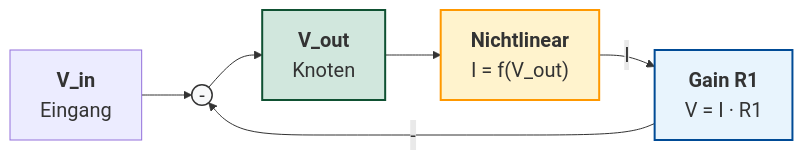
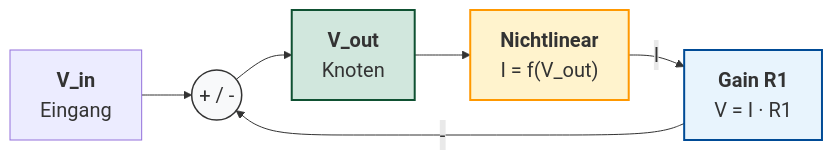
Before and after one commit to ghackenberg/kurs-computer-simulation: the diagram in Folien/08_Dynamische_Modelle_Kontinuierlich/Diagramme/Algebraische_Schleife_Praxis.mmd, drawn with Mermaid. The commit also changed 13 other files, not shown here.

```diff
--- a/Folien/08_Dynamische_Modelle_Kontinuierlich/Diagramme/Algebraische_Schleife_Praxis.mmd
+++ b/Folien/08_Dynamische_Modelle_Kontinuierlich/Diagramme/Algebraische_Schleife_Praxis.mmd
@@ -1,12 +1,12 @@
 %%{init: {'themeVariables': {'fontSize': '20px'}}}%%
 flowchart LR
-    Vin["<b>V_in</b><br/>Eingang"] --> Subtract(( - ))
+    Vin["<b>V_in</b><br/>Eingang"] --> Subtract(( + / - ))
     Subtract --> Vout["<b>V_out</b><br/>Knoten"]
     Vout --> NLE["<b>Nichtlinear</b><br/>I = f(V_out)"]
     NLE -->|"I"| Gain["<b>Gain R1</b><br/>V = I · R1"]
     Gain -->|"-"| Subtract
 
     style NLE fill:#fff3cd,stroke:#ff9800,stroke-width:2px
     style Subtract fill:#f8f9fa,stroke:#333,stroke-width:1.5px
     style Gain fill:#e8f4fd,stroke:#004B96,stroke-width:2px
     style Vout fill:#d1e7dd,stroke:#0f5132,stroke-width:2px
```
